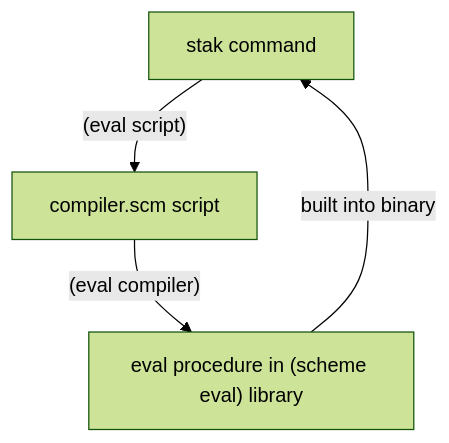
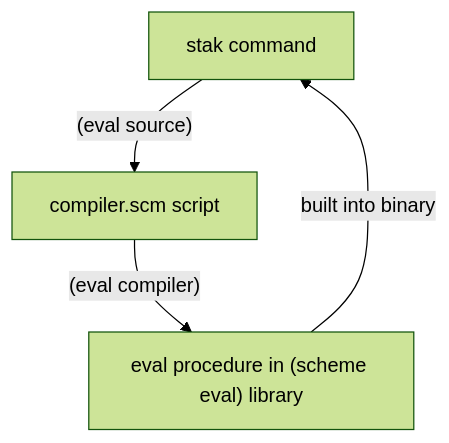
The second of 2 diagrams in posts/stak/inception.md (raviqqe/doc), drawn with Mermaid (forest theme) before and after one commit. The commit also changed other lines of this file, not shown here.

Commit message:
Diagrams in Inception (#797)

````diff
--- a/posts/stak/inception.md
+++ b/posts/stak/inception.md
@@ -153,6 +171,6 @@
 ```mermaid
 graph TD
-    A[stak command] -->|"(eval script)"| B
-    B[compiler.scm script] -->|"(eval compiler)"| C
-    C["eval procedure in (scheme eval) library"] -->|built into binary| A
+  A[stak command] -->|"(eval source)"| B
+  B[compiler.scm script] -->|"(eval compiler)"| C
+  C["eval procedure in (scheme eval) library"] -->|built into binary| A
 ```
````
